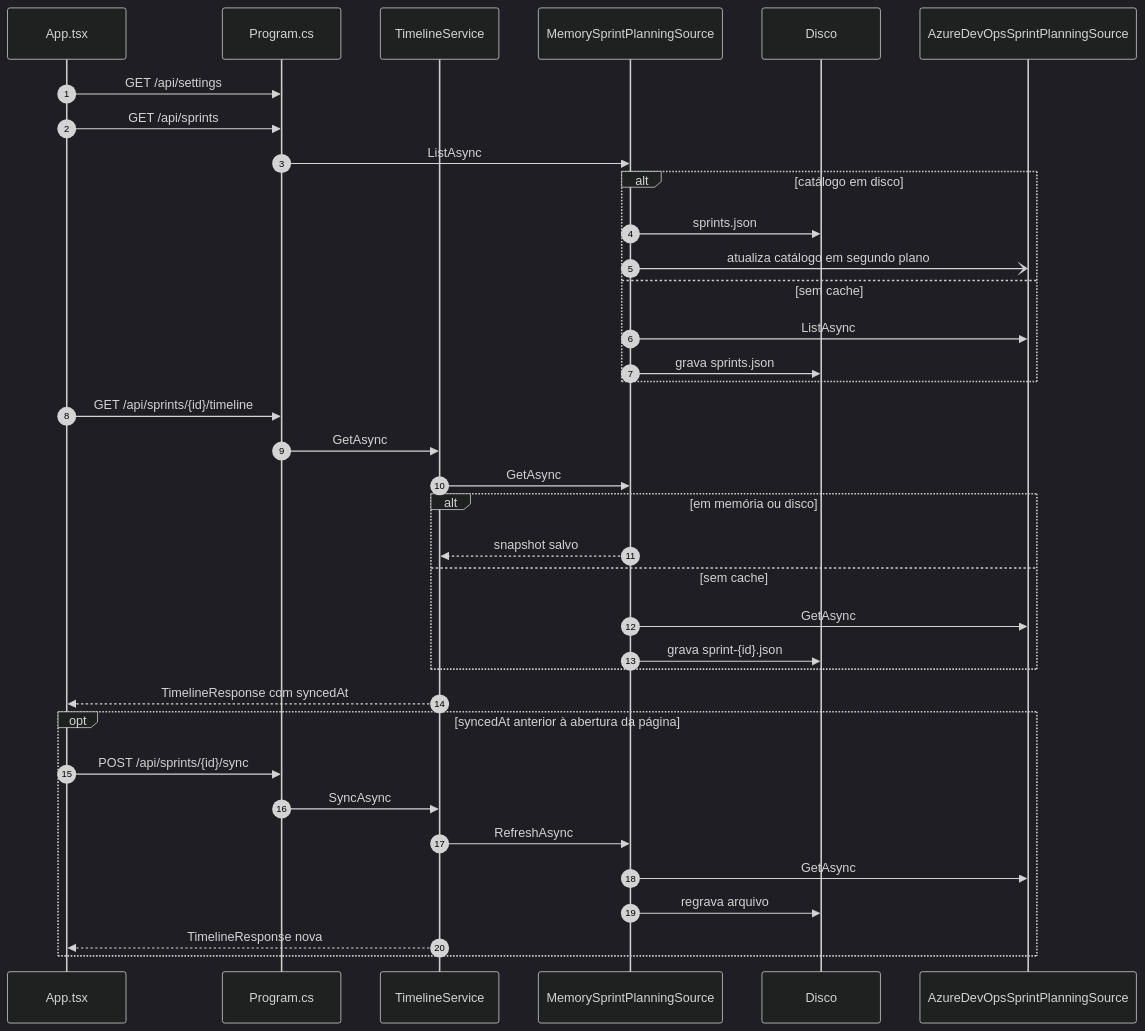
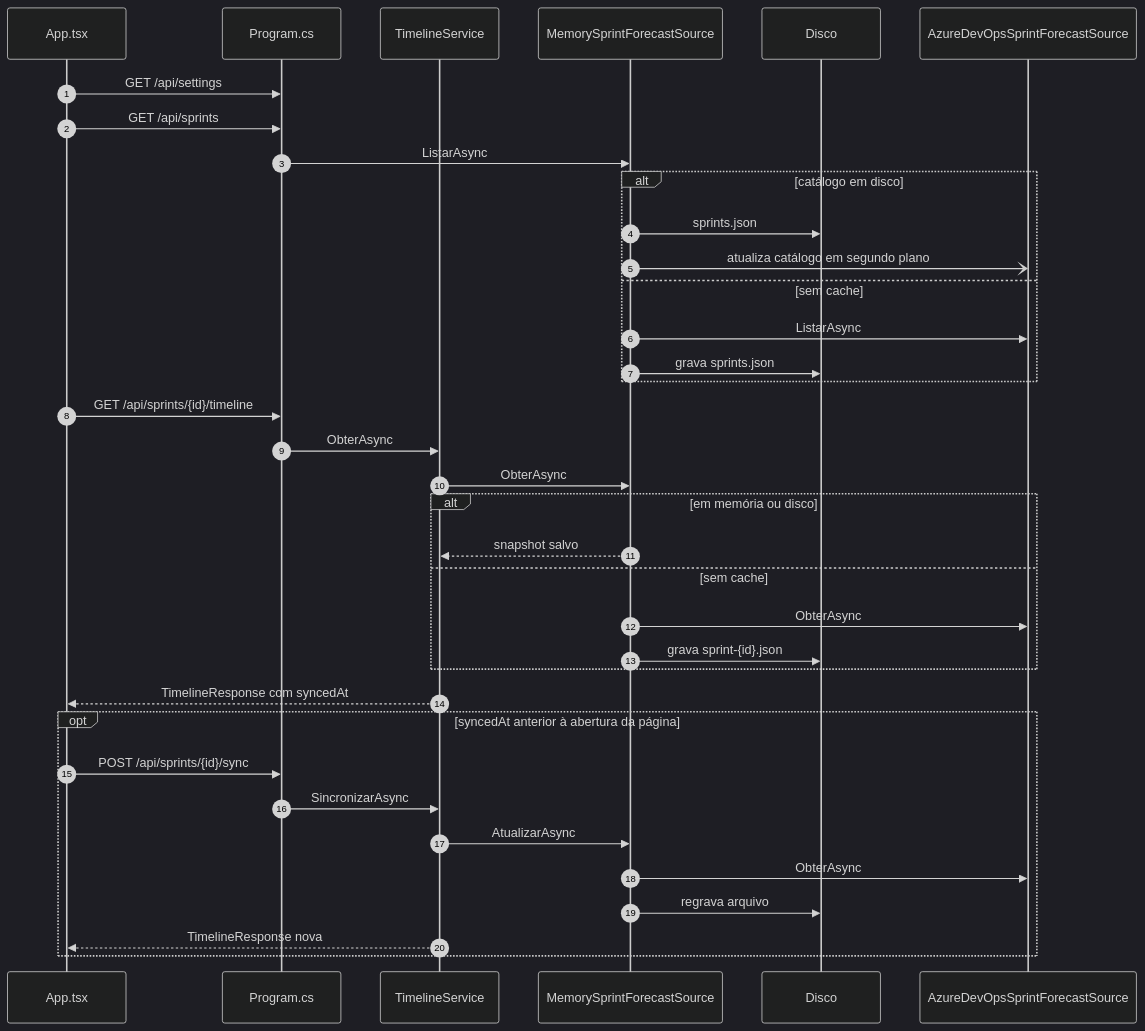
The third of 7 diagrams in .docs/ARQUITETURA.md (alepspizzetti/SprintFlow), drawn with Mermaid (dark theme) before and after one commit. The commit also changed other lines of this file and 31 other files, not shown here.

First line of the commit message:
Feat:atualiza previsão de sprint e timeline

````diff
--- a/.docs/ARQUITETURA.md
+++ b/.docs/ARQUITETURA.md
@@ -134,38 +136,38 @@
 ```mermaid
 sequenceDiagram
   autonumber
   participant T as App.tsx
   participant A as Program.cs
   participant S as TimelineService
-  participant M as MemorySprintPlanningSource
+  participant M as MemorySprintForecastSource
   participant D as Disco
-  participant Z as AzureDevOpsSprintPlanningSource
+  participant Z as AzureDevOpsSprintForecastSource
   T->>A: GET /api/settings
   T->>A: GET /api/sprints
-  A->>M: ListAsync
+  A->>M: ListarAsync
   alt catálogo em disco
     M->>D: sprints.json
     M-)Z: atualiza catálogo em segundo plano
   else sem cache
-    M->>Z: ListAsync
+    M->>Z: ListarAsync
     M->>D: grava sprints.json
   end
   T->>A: GET /api/sprints/{id}/timeline
-  A->>S: GetAsync
-  S->>M: GetAsync
+  A->>S: ObterAsync
+  S->>M: ObterAsync
   alt em memória ou disco
     M-->>S: snapshot salvo
   else sem cache
-    M->>Z: GetAsync
+    M->>Z: ObterAsync
     M->>D: grava sprint-{id}.json
   end
   S-->>T: TimelineResponse com syncedAt
   opt syncedAt anterior à abertura da página
     T->>A: POST /api/sprints/{id}/sync
-    A->>S: SyncAsync
-    S->>M: RefreshAsync
-    M->>Z: GetAsync
+    A->>S: SincronizarAsync
+    S->>M: AtualizarAsync
+    M->>Z: ObterAsync
     M->>D: regrava arquivo
     S-->>T: TimelineResponse nova
   end
 ```
````
